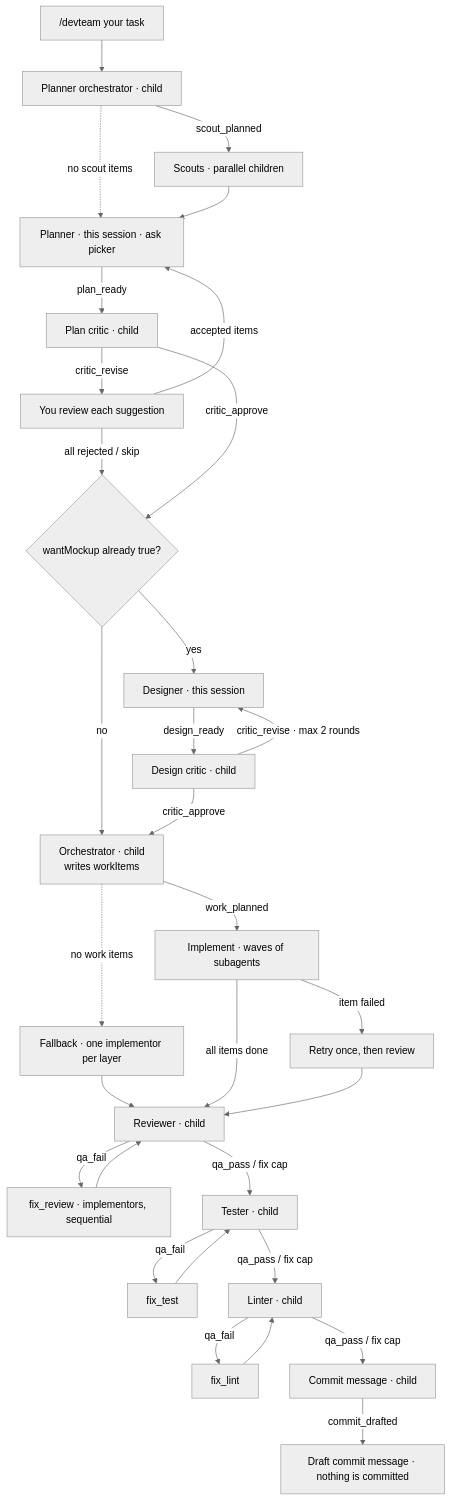
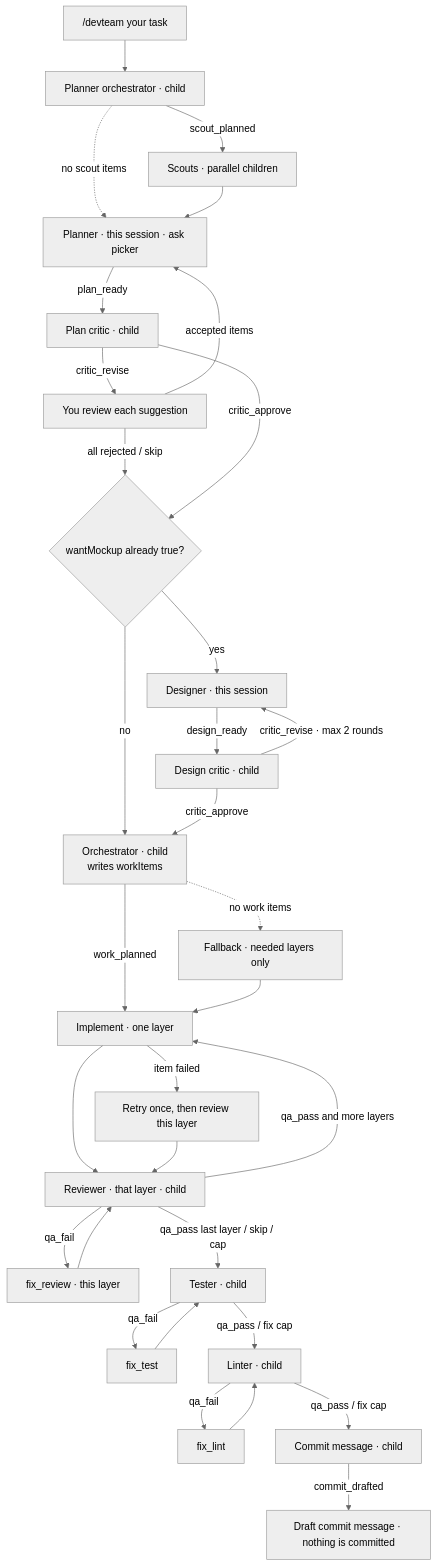
One commit to W4775/pi-dev-team changed the first of 2 diagrams in README.md. Above: the diagram before and after it, drawn with Mermaid (neutral theme). The commit also changed other lines of this file and 21 other files, not shown here.

First line of the commit message:
Review each implementor layer before the next one starts.

````diff
--- a/README.md
+++ b/README.md
@@ -51,42 +51,43 @@
 ```mermaid
 flowchart TD
     Start["/devteam your task"] --> ScoutOrch["Planner orchestrator · child"]
     ScoutOrch -->|scout_planned| Scouts["Scouts · parallel children"]
     ScoutOrch -.->|"no scout items"| Planner
     Scouts --> Planner["Planner · this session · ask picker"]
 
     Planner -->|plan_ready| PlanCritic["Plan critic · child"]
     PlanCritic -->|critic_revise| PlanReview["You review each suggestion"]
     PlanReview -->|"accepted items"| Planner
     PlanReview -->|all rejected / skip| MockupQ
     PlanCritic -->|critic_approve| MockupQ{"wantMockup already true?"}
 
     MockupQ -->|no| Orchestrator
     MockupQ -->|yes| Designer["Designer · this session"]
 
     Designer -->|design_ready| DesignCritic["Design critic · child"]
     DesignCritic -->|"critic_revise · max 2 rounds"| Designer
     DesignCritic -->|critic_approve| Orchestrator
 
-    Orchestrator["Orchestrator · child<br/>writes workItems"] -->|work_planned| Implement["Implement · waves of subagents"]
-    Orchestrator -.->|"no work items"| Sequential["Fallback · one implementor per layer"]
-    Sequential --> Reviewer
+    Orchestrator["Orchestrator · child<br/>writes workItems"] -->|work_planned| Implement["Implement · one layer"]
+    Orchestrator -.->|"no work items"| Sequential["Fallback · needed layers only"]
+    Sequential --> Implement
 
-    Implement -->|all items done| Reviewer["Reviewer · child"]
-    Implement -->|item failed| Retry["Retry once, then review"]
+    Implement --> Reviewer["Reviewer · that layer · child"]
+    Implement -->|item failed| Retry["Retry once, then review this layer"]
     Retry --> Reviewer
 
-    Reviewer -->|qa_fail| FixReview["fix_review · implementors, sequential"]
+    Reviewer -->|qa_fail| FixReview["fix_review · this layer"]
     FixReview --> Reviewer
-    Reviewer -->|qa_pass / fix cap| Tester["Tester · child"]
+    Reviewer -->|qa_pass and more layers| Implement
+    Reviewer -->|qa_pass last layer / skip / cap| Tester["Tester · child"]
 
     Tester -->|qa_fail| FixTest["fix_test"]
     FixTest --> Tester
     Tester -->|qa_pass / fix cap| Linter["Linter · child"]
 
     Linter -->|qa_fail| FixLint["fix_lint"]
     Linter -->|qa_pass / fix cap| Commit["Commit message · child"]
     FixLint --> Linter
 
     Commit -->|commit_drafted| Done["Draft commit message · nothing is committed"]
 ```
````
